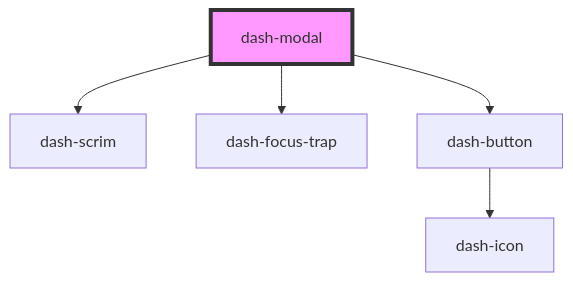
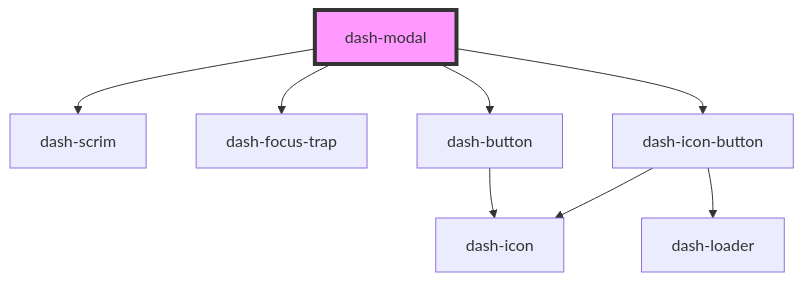
The diagram in packages/dash-components/src/components/dash-modal/readme.md (jmanke/dash), drawn with Mermaid before and after one commit. The commit also changed other lines of this file and 2 other files, not shown here.

````diff
--- a/packages/dash-components/src/components/dash-modal/readme.md
+++ b/packages/dash-components/src/components/dash-modal/readme.md
@@ -50,8 +51,11 @@
 ```mermaid
 graph TD;
   dash-modal --> dash-scrim
   dash-modal --> dash-focus-trap
+  dash-modal --> dash-icon-button
   dash-modal --> dash-button
+  dash-icon-button --> dash-icon
+  dash-icon-button --> dash-loader
   dash-button --> dash-icon
   style dash-modal fill:#f9f,stroke:#333,stroke-width:4px
 ```
````
